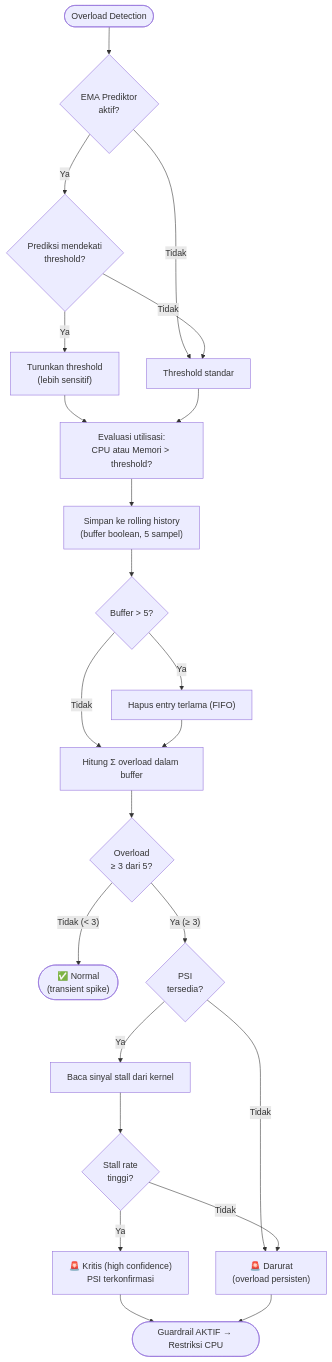
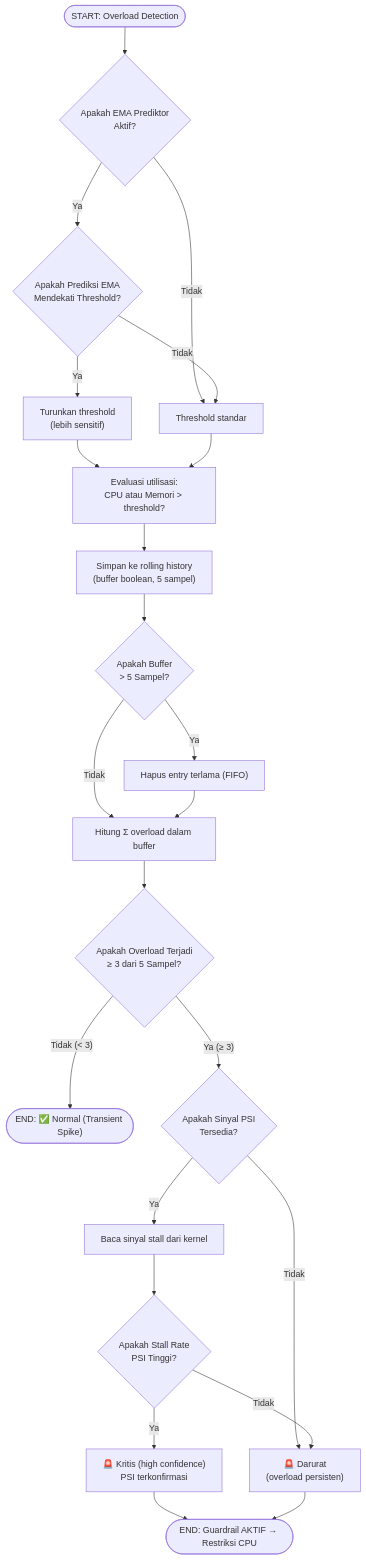
Before and after one commit to fauzanreza/green-container-framework: the second of 2 diagrams in architecture-diagrams/layer-3-control/01_guardrail.md, drawn with Mermaid. The commit also changed 17 other files, not shown here.

Commit message:
edit fitur, menyesuaikan Architecture Diagram

````diff
--- a/architecture-diagrams/layer-3-control/01_guardrail.md
+++ b/architecture-diagrams/layer-3-control/01_guardrail.md
@@ -79,57 +79,57 @@
 ```mermaid
 flowchart TD
-    START(["Overload Detection"])
+    START(["START: Overload Detection"])
 
-    PREDIKSI{"EMA Prediktor<br/>aktif?"}
-    MENDEKATI{"Prediksi mendekati<br/>threshold?"}
+    PREDIKSI{"Apakah EMA Prediktor<br/>Aktif?"}
+    MENDEKATI{"Apakah Prediksi EMA<br/>Mendekati Threshold?"}
     BATAS_RENDAH["Turunkan threshold<br/>(lebih sensitif)"]
     BATAS_NORMAL["Threshold standar"]
 
     CEK["Evaluasi utilisasi:<br/>CPU atau Memori > threshold?"]
 
     CATAT["Simpan ke rolling history<br/>(buffer boolean, 5 sampel)"]
 
-    PENUH{"Buffer > 5?"}
+    PENUH{"Apakah Buffer<br/>> 5 Sampel?"}
     BUANG["Hapus entry terlama (FIFO)"]
 
     HITUNG["Hitung Σ overload dalam buffer"]
 
-    DARURAT{"Overload<br/>≥ 3 dari 5?"}
+    DARURAT{"Apakah Overload Terjadi<br/>≥ 3 dari 5 Sampel?"}
 
-    AMAN(["✅ Normal<br/>(transient spike)"])
+    SELESAI_AMAN(["END: ✅ Normal (Transient Spike)"])
 
-    CEK_PSI{"PSI<br/>tersedia?"}
+    CEK_PSI{"Apakah Sinyal PSI<br/>Tersedia?"}
     BACA_PSI["Baca sinyal stall dari kernel"]
-    PSI_TINGGI{"Stall rate<br/>tinggi?"}
+    PSI_TINGGI{"Apakah Stall Rate<br/>PSI Tinggi?"}
     SANGAT_DARURAT["🚨 Kritis (high confidence)<br/>PSI terkonfirmasi"]
     DARURAT_BIASA["🚨 Darurat<br/>(overload persisten)"]
 
-    AKTIF(["Guardrail AKTIF → Restriksi CPU"])
+    SELESAI_AKTIF(["END: Guardrail AKTIF → Restriksi CPU"])
 
     START --> PREDIKSI
     PREDIKSI -->|Tidak| BATAS_NORMAL
     PREDIKSI -->|Ya| MENDEKATI
     MENDEKATI -->|Ya| BATAS_RENDAH
     MENDEKATI -->|Tidak| BATAS_NORMAL
 
     BATAS_RENDAH --> CEK
     BATAS_NORMAL --> CEK
     CEK --> CATAT
     CATAT --> PENUH
     PENUH -->|Ya| BUANG
     PENUH -->|Tidak| HITUNG
     BUANG --> HITUNG
 
     HITUNG --> DARURAT
-    DARURAT -->|"Tidak (< 3)"| AMAN
+    DARURAT -->|"Tidak (< 3)"| SELESAI_AMAN
     DARURAT -->|"Ya (≥ 3)"| CEK_PSI
 
     CEK_PSI -->|Tidak| DARURAT_BIASA
     CEK_PSI -->|Ya| BACA_PSI
     BACA_PSI --> PSI_TINGGI
     PSI_TINGGI -->|Ya| SANGAT_DARURAT
     PSI_TINGGI -->|Tidak| DARURAT_BIASA
 
-    SANGAT_DARURAT --> AKTIF
-    DARURAT_BIASA --> AKTIF
+    SANGAT_DARURAT --> SELESAI_AKTIF
+    DARURAT_BIASA --> SELESAI_AKTIF
 ```
````
